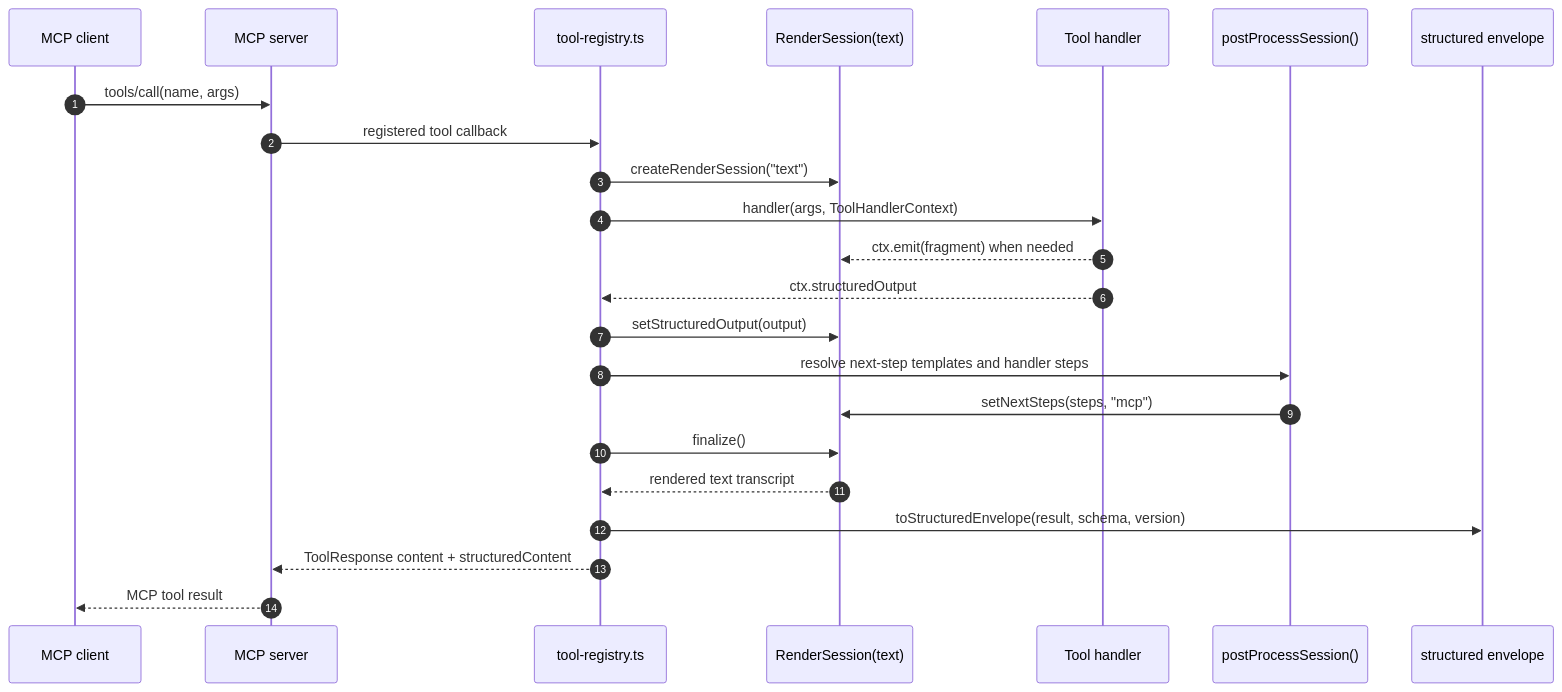
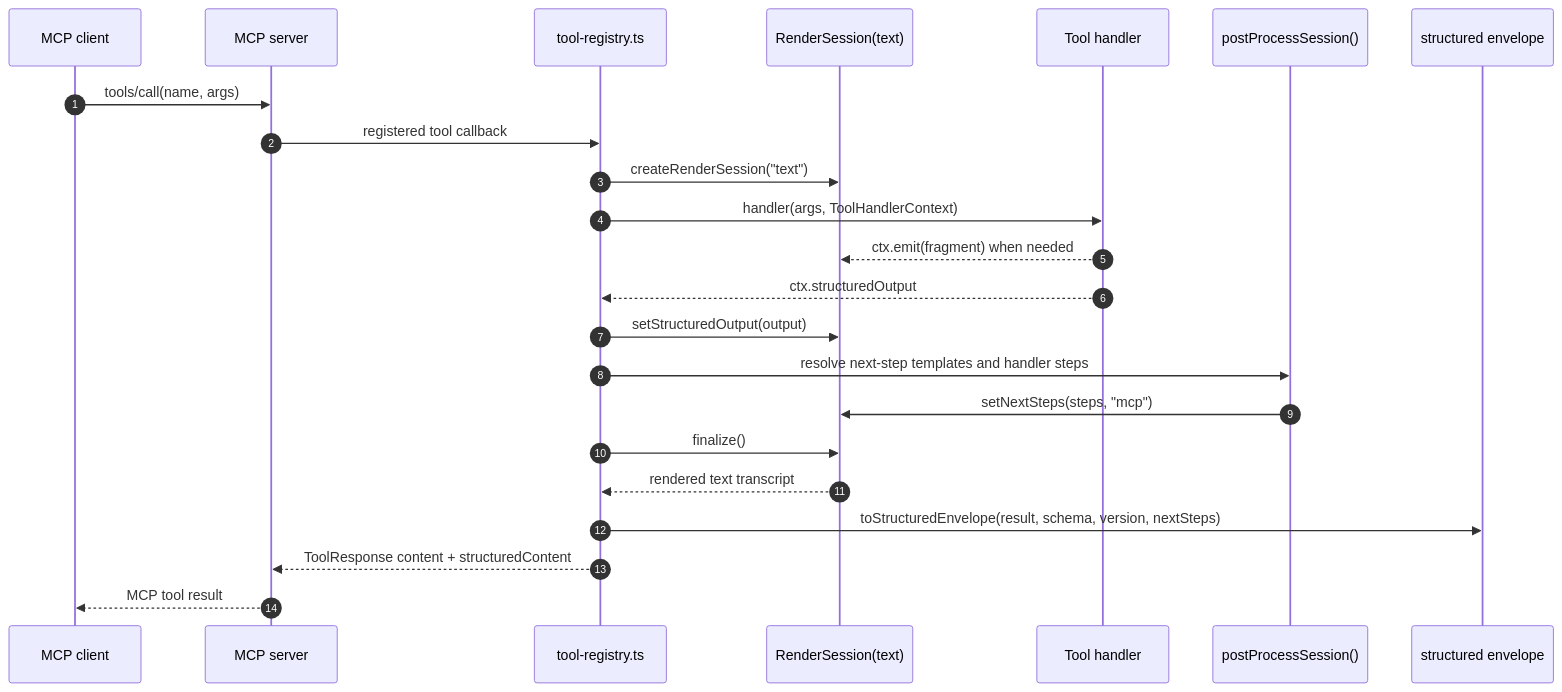
Before and after one commit to getsentry/xcodebuildmcp.com: the first of 2 diagrams in app/docs/_content/architecture-runtime-boundaries.mdx, drawn with Mermaid. The commit also changed other lines of this file and 14 other files, not shown here.

First line of the commit message:
docs: Document UI automation architecture (#16)

````diff
--- a/app/docs/_content/architecture-runtime-boundaries.mdx
+++ b/app/docs/_content/architecture-runtime-boundaries.mdx
@@ -44,26 +44,26 @@
 ```mermaid
 sequenceDiagram
     autonumber
     participant Client as MCP client
     participant Server as MCP server
     participant Registry as tool-registry.ts
     participant Session as RenderSession(text)
     participant Handler as Tool handler
     participant Post as postProcessSession()
     participant Envelope as structured envelope
 
     Client->>Server: tools/call(name, args)
     Server->>Registry: registered tool callback
     Registry->>Session: createRenderSession("text")
     Registry->>Handler: handler(args, ToolHandlerContext)
     Handler-->>Session: ctx.emit(fragment) when needed
     Handler-->>Registry: ctx.structuredOutput
     Registry->>Session: setStructuredOutput(output)
     Registry->>Post: resolve next-step templates and handler steps
     Post->>Session: setNextSteps(steps, "mcp")
     Registry->>Session: finalize()
     Session-->>Registry: rendered text transcript
-    Registry->>Envelope: toStructuredEnvelope(result, schema, version)
+    Registry->>Envelope: toStructuredEnvelope(result, schema, version, nextSteps)
     Registry-->>Server: ToolResponse content + structuredContent
     Server-->>Client: MCP tool result
 ```
````
